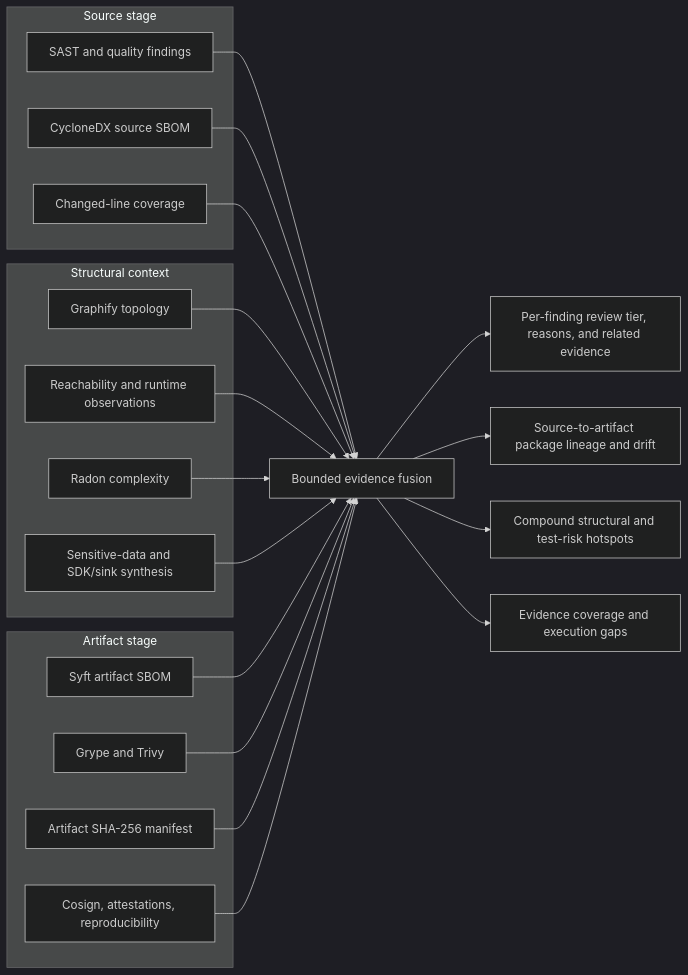
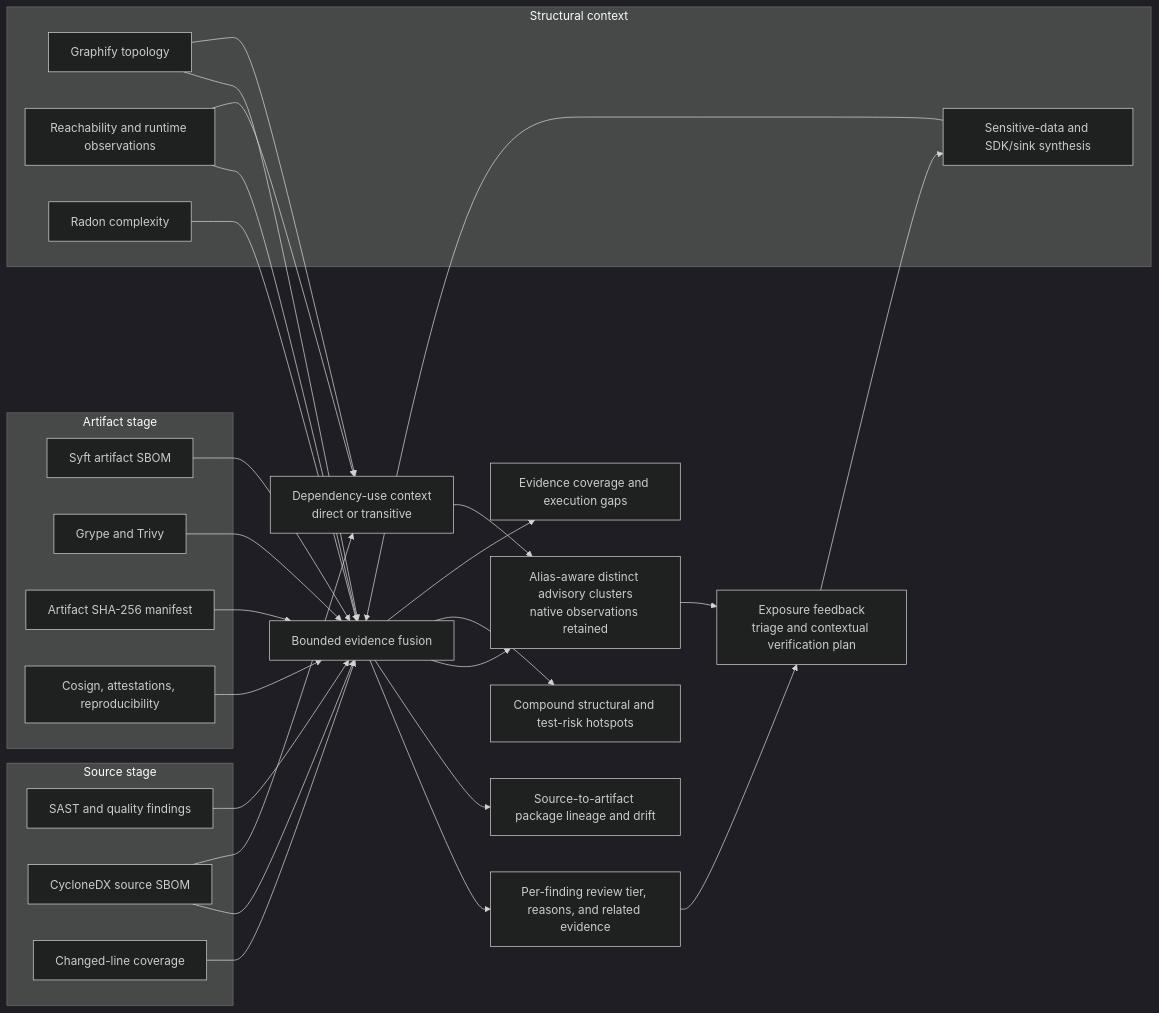
Before and after one commit to willtran87/project-py-security-suite: the diagram in docs/evidence-fusion.md, drawn with Mermaid (dark theme). The commit also changed other lines of this file and 22 other files, not shown here.

Commit message:
Correlate advisory and dependency-use evidence

````diff
--- a/docs/evidence-fusion.md
+++ b/docs/evidence-fusion.md
@@ -26,35 +28,43 @@
 ```mermaid
 flowchart LR
     subgraph Source["Source stage"]
         SAST["SAST and quality findings"]
         SourceSBOM["CycloneDX source SBOM"]
         Diff["Changed-line coverage"]
     end
     subgraph Structure["Structural context"]
         Graph["Graphify topology"]
         Reach["Reachability and runtime observations"]
         Complexity["Radon complexity"]
         Exposure["Sensitive-data and SDK/sink synthesis"]
     end
     subgraph Artifact["Artifact stage"]
         ArtifactSBOM["Syft artifact SBOM"]
         Vuln["Grype and Trivy"]
         Manifest["Artifact SHA-256 manifest"]
         Provenance["Cosign, attestations, reproducibility"]
     end
     SAST --> Fusion["Bounded evidence fusion"]
     SourceSBOM --> Fusion
     Diff --> Fusion
     Graph --> Fusion
     Reach --> Fusion
     Complexity --> Fusion
     Exposure --> Fusion
     ArtifactSBOM --> Fusion
     Vuln --> Fusion
     Manifest --> Fusion
     Provenance --> Fusion
     Fusion --> Finding["Per-finding review tier, reasons, and related evidence"]
+    Finding --> Verify["Exposure feedback<br/>triage and contextual verification plan"]
+    Verify --> Exposure
     Fusion --> Lineage["Source-to-artifact package lineage and drift"]
+    Fusion --> Advisory["Alias-aware distinct advisory clusters<br/>native observations retained"]
+    SourceSBOM --> Use["Dependency-use context<br/>direct or transitive"]
+    Graph --> Use
+    Reach --> Use
+    Use --> Advisory
+    Advisory --> Verify
     Fusion --> Hotspots["Compound structural and test-risk hotspots"]
     Fusion --> Lanes["Evidence coverage and execution gaps"]
 ```
````
